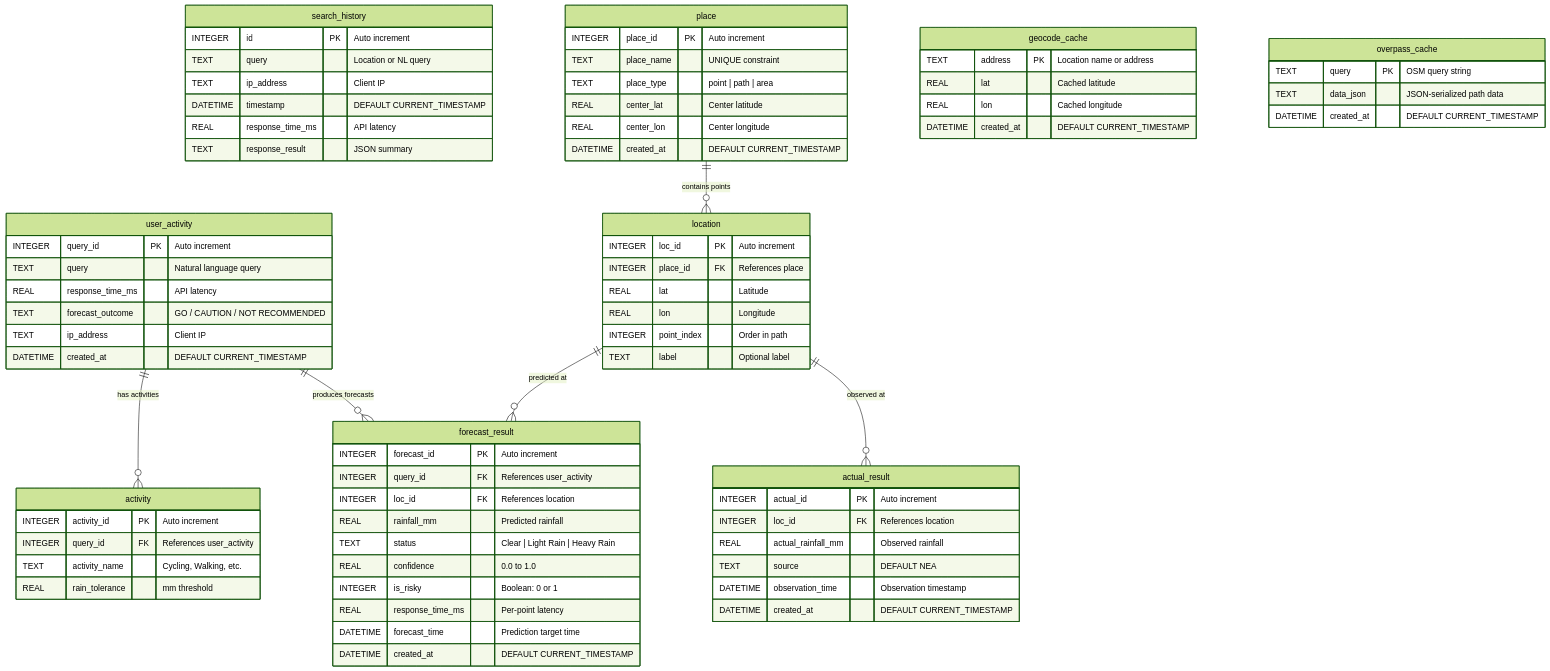
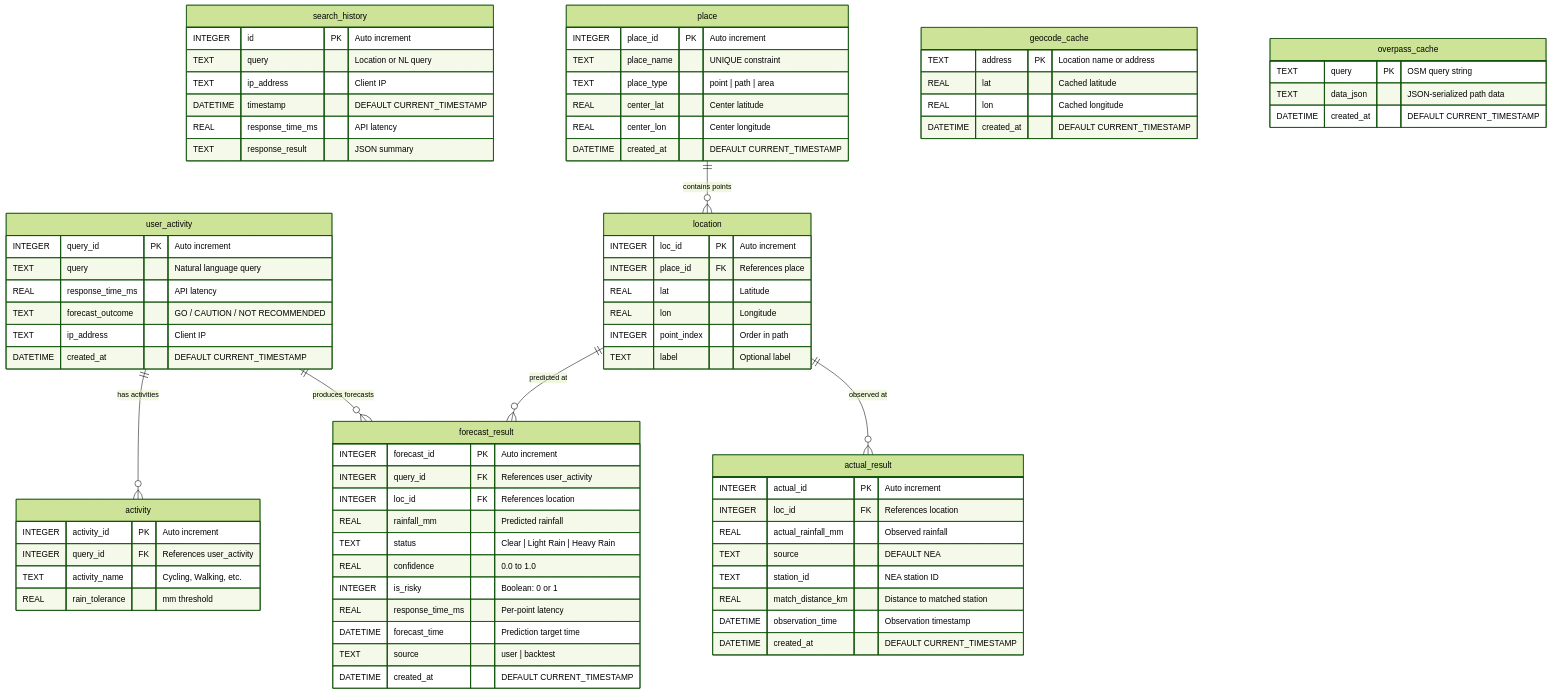
Before and after one commit to goantigravity-bot/singapore-weather-ai: the first of 2 diagrams in docs/data-storage-er-diagram.md, drawn with Mermaid (forest theme). The commit also changed other lines of this file and 1 other file, not shown here.

Commit message:
docs: update ER diagram with closed-loop columns (source, station_id, match_distance_km)

```diff
--- a/docs/data-storage-er-diagram.md
+++ b/docs/data-storage-er-diagram.md
@@ -61,6 +61,7 @@
         INTEGER is_risky "Boolean: 0 or 1"
         REAL response_time_ms "Per-point latency"
         DATETIME forecast_time "Prediction target time"
+        TEXT source "user | backtest"
         DATETIME created_at "DEFAULT CURRENT_TIMESTAMP"
     }
 
@@ -69,6 +70,8 @@
         INTEGER loc_id FK "References location"
         REAL actual_rainfall_mm "Observed rainfall"
         TEXT source "DEFAULT NEA"
+        TEXT station_id "NEA station ID"
+        REAL match_distance_km "Distance to matched station"
         DATETIME observation_time "Observation timestamp"
         DATETIME created_at "DEFAULT CURRENT_TIMESTAMP"
     }
```
